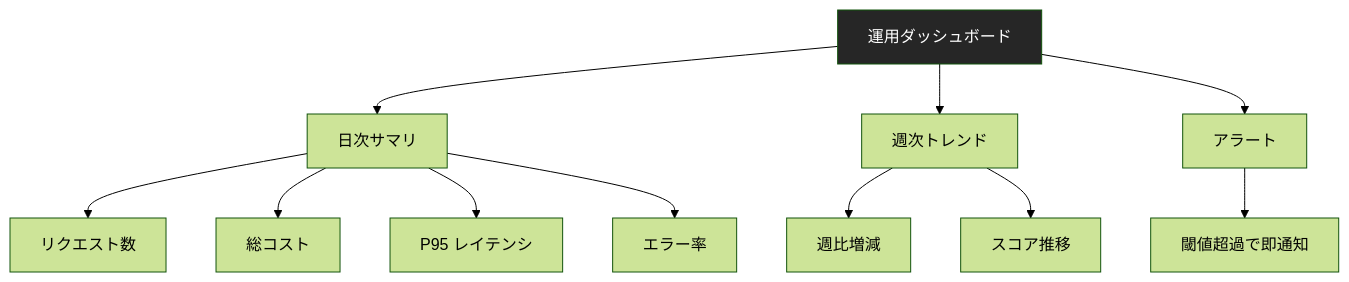
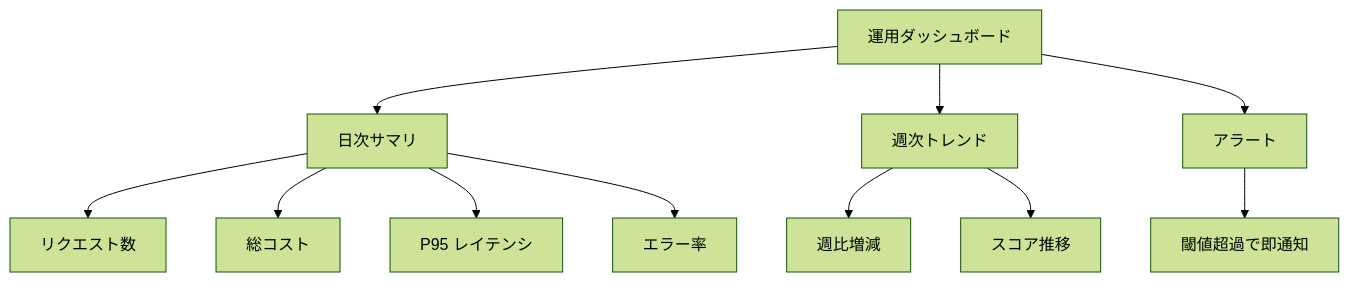
Before and after one commit to dinekt/dinekt-wiki: the third of 3 diagrams in docs/tech-notes/ai-エージェント運用の-10-メトリクス.md, drawn with Mermaid (forest theme). The commit also changed other lines of this file and 70 other files, not shown here.

First line of the commit message:
fix(mermaid): strip all inline styling, rely on theme

````diff
--- a/docs/tech-notes/ai-エージェント運用の-10-メトリクス.md
+++ b/docs/tech-notes/ai-エージェント運用の-10-メトリクス.md
@@ -130,18 +127,17 @@
 ```mermaid
 flowchart TD
     D[運用ダッシュボード] --> T1[日次サマリ]
     D --> T2[週次トレンド]
     D --> T3[アラート]
 
     T1 --> A[リクエスト数]
     T1 --> B[総コスト]
     T1 --> C[P95 レイテンシ]
     T1 --> E[エラー率]
 
     T2 --> F[週比増減]
     T2 --> G[スコア推移]
 
     T3 --> H[閾値超過で即通知]
 
-    style D fill:#262626,color:#fff
 ```
````
